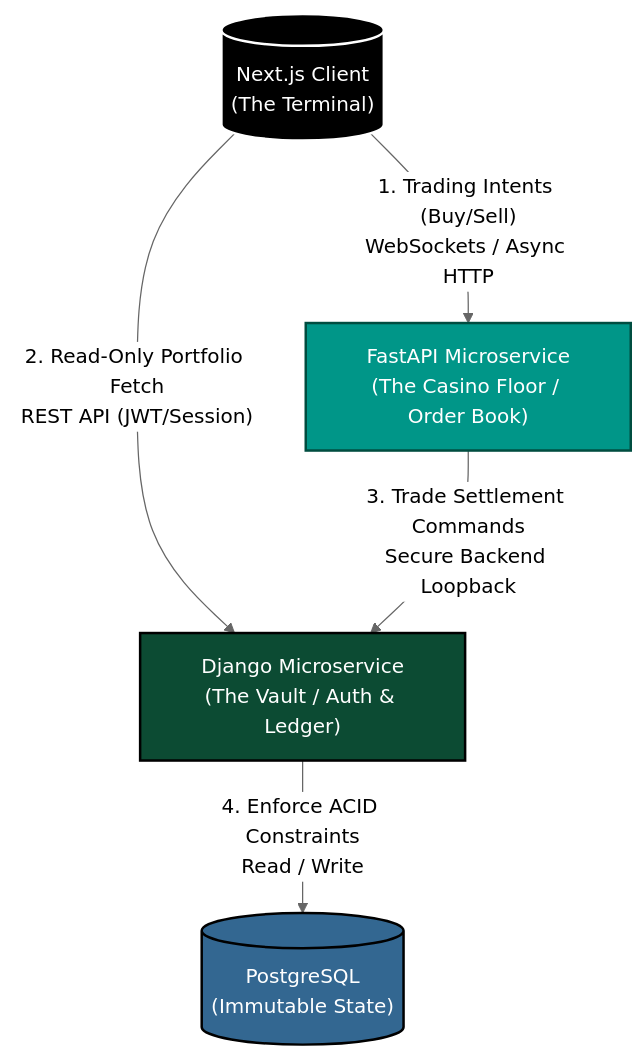
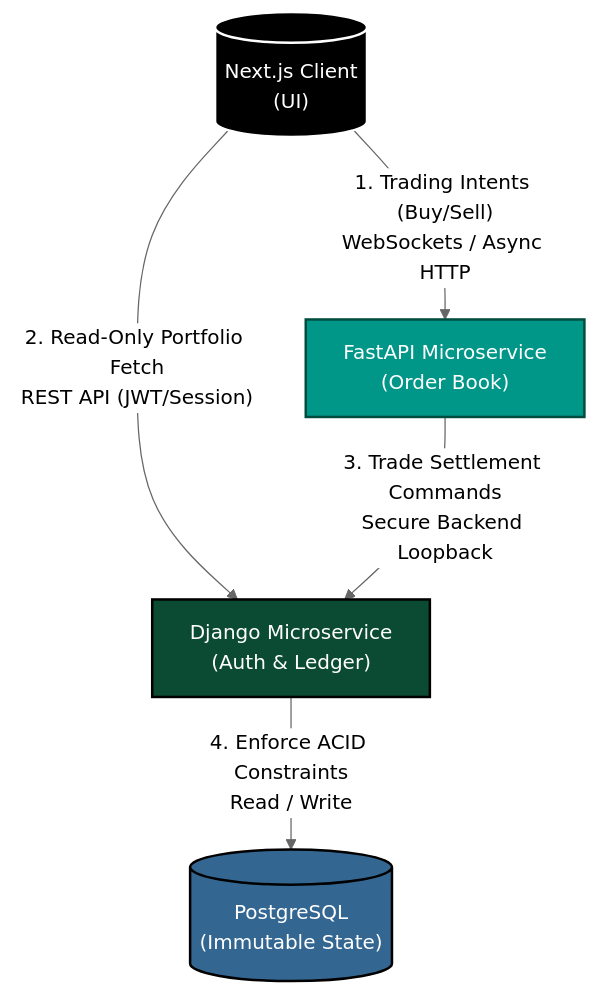
The diagram in README.md (Har1s-Akbar/Project-Mitori), drawn with Mermaid (neutral theme) before and after one commit.

Commit message:
fixing the diaagram in readme commit-6

````diff
--- a/README.md
+++ b/README.md
@@ -10,20 +10,20 @@
 ```mermaid
 graph TD
     %% Define Nodes
-    Client[(" Next.js Client<br/>(The Terminal)")]
-    FastAPI[" FastAPI Microservice<br/>(The Casino Floor / Order Book)"]
-    Django[" Django Microservice<br/>(The Vault / Auth & Ledger)"]
+    Client[(" Next.js Client<br/>(UI)")]
+    FastAPI[" FastAPI Microservice<br/>(Order Book)"]
+    Django[" Django Microservice<br/>(Auth & Ledger)"]
     DB[(" PostgreSQL<br/>(Immutable State)")]
 
     %% Define Connections
     Client -- "1. Trading Intents (Buy/Sell)<br/>WebSockets / Async HTTP" --> FastAPI
     Client -- "2. Read-Only Portfolio Fetch<br/>REST API (JWT/Session)" --> Django
     FastAPI -- "3. Trade Settlement Commands<br/>Secure Backend Loopback" --> Django
     Django -- "4. Enforce ACID Constraints<br/>Read / Write" --> DB
 
     %% Styling
     style Client fill:#000000,stroke:#ffffff,stroke-width:2px,color:#ffffff
     style FastAPI fill:#009688,stroke:#004d40,stroke-width:2px,color:#ffffff
     style Django fill:#0c4b33,stroke:#000000,stroke-width:2px,color:#ffffff
     style DB fill:#336791,stroke:#000000,stroke-width:2px,color:#ffffff
 ```
````
